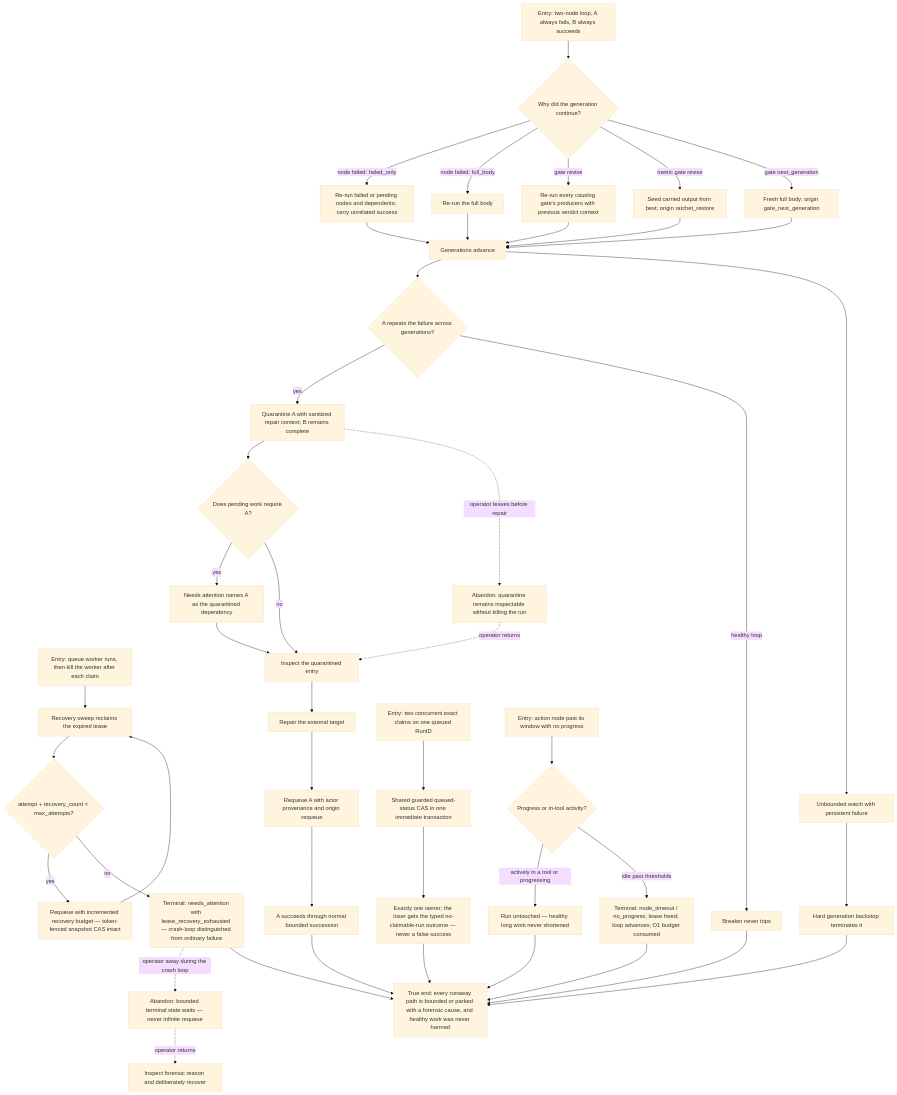
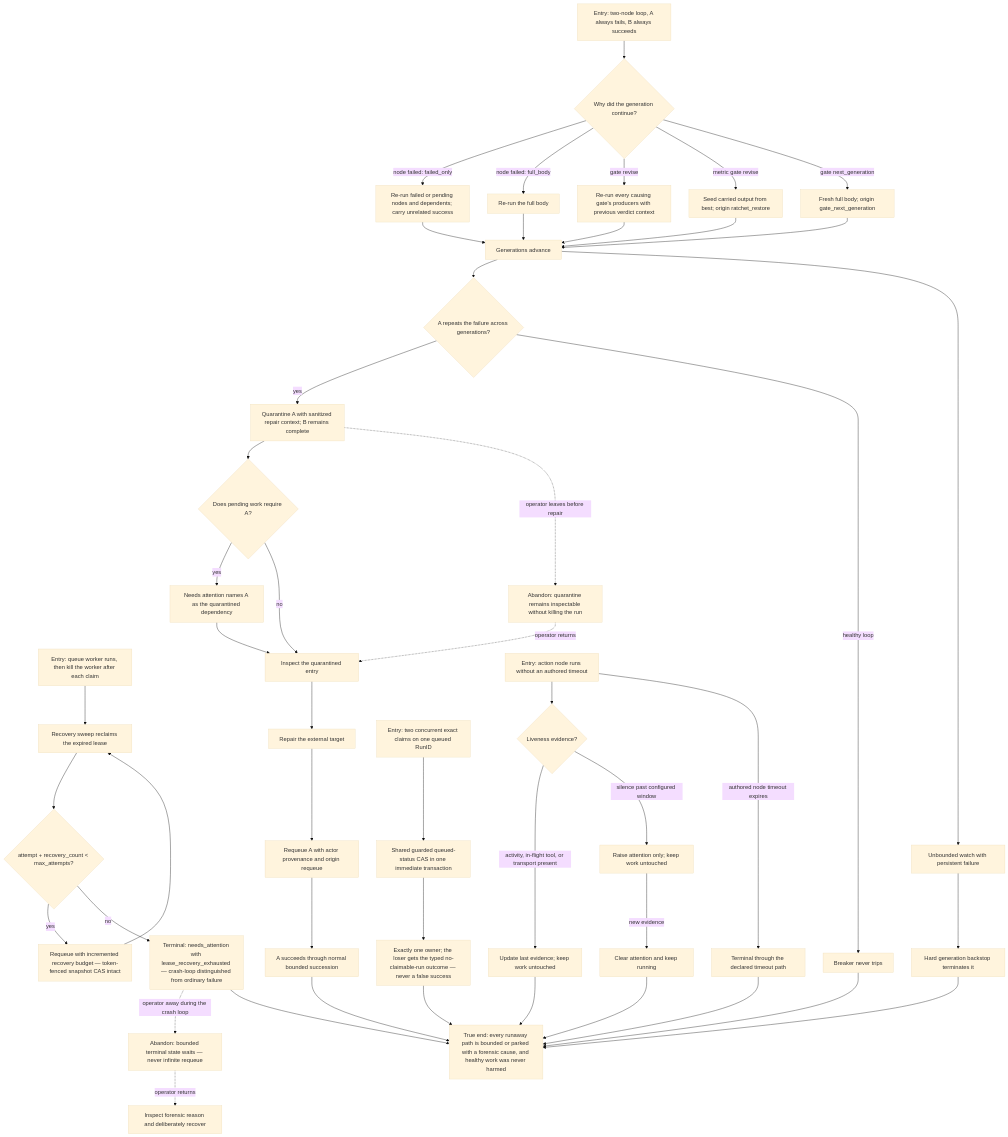
The diagram in docs/qa/journeys/J-bound-runaway-work.md (compozy/compozy), drawn with Mermaid (base theme) before and after one commit. The commit also changed other lines of this file and 93 other files, not shown here.

First line of the commit message:
feat: Liveness, death-resume, cancel ≠ kill and the canceled terminal #…

````diff
--- a/docs/qa/journeys/J-bound-runaway-work.md
+++ b/docs/qa/journeys/J-bound-runaway-work.md
@@ -10,46 +10,49 @@
 ```mermaid
 flowchart TD
     E1[Entry: queue worker runs, then kill the worker after each claim] --> O1[Recovery sweep reclaims the expired lease]
     O1 --> B{attempt + recovery_count < max_attempts?}
     B -->|yes| RQ[Requeue with incremented recovery budget — token-fenced snapshot CAS intact]
     RQ --> O1
     B -->|no| TX[Terminal: needs_attention with lease_recovery_exhausted — crash-loop distinguished from ordinary failure]
     E2[Entry: two-node loop, A always fails, B always succeeds] --> CAUSE{Why did the generation continue?}
     CAUSE -->|node failed: failed_only| PARTIAL[Re-run failed or pending nodes and dependents; carry unrelated success]
     CAUSE -->|node failed: full_body| FRESH[Re-run the full body]
     CAUSE -->|gate revise| REPAIR[Re-run every causing gate's producers with previous verdict context]
     CAUSE -->|metric gate revise| RESTORE[Seed carried output from best; origin ratchet_restore]
     CAUSE -->|gate next_generation| GNEXT[Fresh full body; origin gate_next_generation]
     PARTIAL --> GEN[Generations advance]
     FRESH --> GEN
     REPAIR --> GEN
     RESTORE --> GEN
     GNEXT --> GEN
     GEN --> ST{A repeats the failure across generations?}
     ST -->|yes| Q[Quarantine A with sanitized repair context; B remains complete]
     Q --> DEP{Does pending work require A?}
     DEP -->|yes| ATTN[Needs attention names A as the quarantined dependency]
     DEP -->|no| INSQ[Inspect the quarantined entry]
     ATTN --> INSQ
     INSQ --> FIX[Repair the external target]
     FIX --> REQUEUE[Requeue A with actor provenance and origin requeue]
     REQUEUE --> RECOVER[A succeeds through normal bounded succession]
     ST -->|healthy loop| OKL[Breaker never trips]
     GEN --> WB[Unbounded watch with persistent failure] --> BSTOP[Hard generation backstop terminates it]
     E3[Entry: two concurrent exact claims on one queued RunID] --> CAS[Shared guarded queued-status CAS in one immediate transaction]
     CAS --> ONE[Exactly one owner; the loser gets the typed no-claimable-run outcome — never a false success]
-    E4[Entry: action node past its window with no progress] --> LV{Progress or in-tool activity?}
-    LV -->|actively in a tool or progressing| LIVE[Run untouched — healthy long work never shortened]
-    LV -->|idle past thresholds| TO[Terminal: node_timeout / no_progress; lease freed; loop advances; O1 budget consumed]
+    E4[Entry: action node runs without an authored timeout] --> LV{Liveness evidence?}
+    LV -->|activity, in-flight tool, or transport present| LIVE[Update last evidence; keep work untouched]
+    LV -->|silence past configured window| FLAG[Raise attention only; keep work untouched]
+    FLAG -->|new evidence| CLEAR[Clear attention and keep running]
+    E4 -->|authored node timeout expires| TO[Terminal through the declared timeout path]
     TX -.->|operator away during the crash loop| AB[Abandon: bounded terminal state waits — never infinite requeue]
     AB -.->|operator returns| INS[Inspect forensic reason and deliberately recover]
     Q -.->|operator leaves before repair| ABQ[Abandon: quarantine remains inspectable without killing the run]
     ABQ -.->|operator returns| INSQ
     RECOVER --> TE[True end: every runaway path is bounded or parked with a forensic cause, and healthy work was never harmed]
     TX --> TE
     ONE --> TE
     TO --> TE
+    CLEAR --> TE
     BSTOP --> TE
     LIVE --> TE
     OKL --> TE
 ```
````
